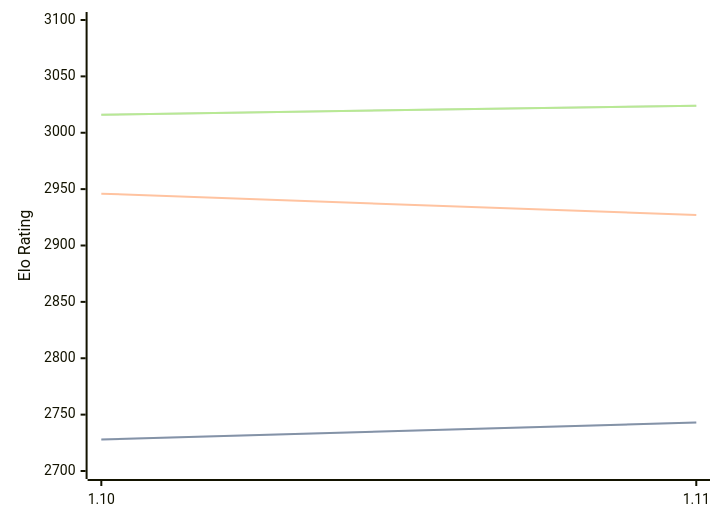
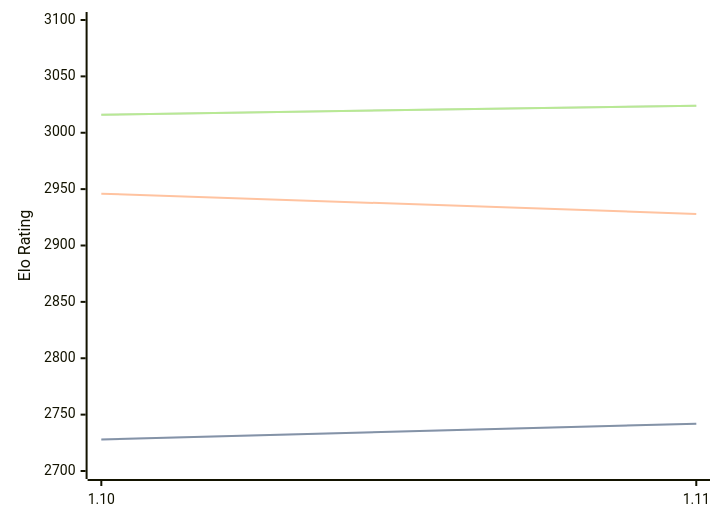
One commit to computer-chess-index/cci changed the first of 3 diagrams in engines/Roc.md. Above: the diagram before and after it, drawn with Mermaid. The commit also changed other lines of this file, not shown here.

````diff
--- a/engines/Roc.md
+++ b/engines/Roc.md
@@ -65,11 +65,11 @@
 ```mermaid
 %%{init: {"theme":"base","themeVariables":{"seriesColors:['#a3a3a3','#222221','#faa371']}}}%%
 xychart-beta
   x-axis ["1.10", "1.11"]
   y-axis "Elo Rating" 2700 --> 3100
-  line "STC (8.0+0.08s)" [2728, 2743]
-  line "STC (8.0+0.08s)" [2728, 2743]
-  line "LTC (60.0+0.60s)" [2946, 2927]
+  line "STC (8.0+0.08s)" [2728, 2742]
+  line "STC (8.0+0.08s)" [2728, 2742]
+  line "LTC (60.0+0.60s)" [2946, 2928]
   line "VLTC (2m24s+1.12s)" [3016, 3024]
   line "VLTC (2m24s+1.12s)" [3016, 3024]
 ```
````
